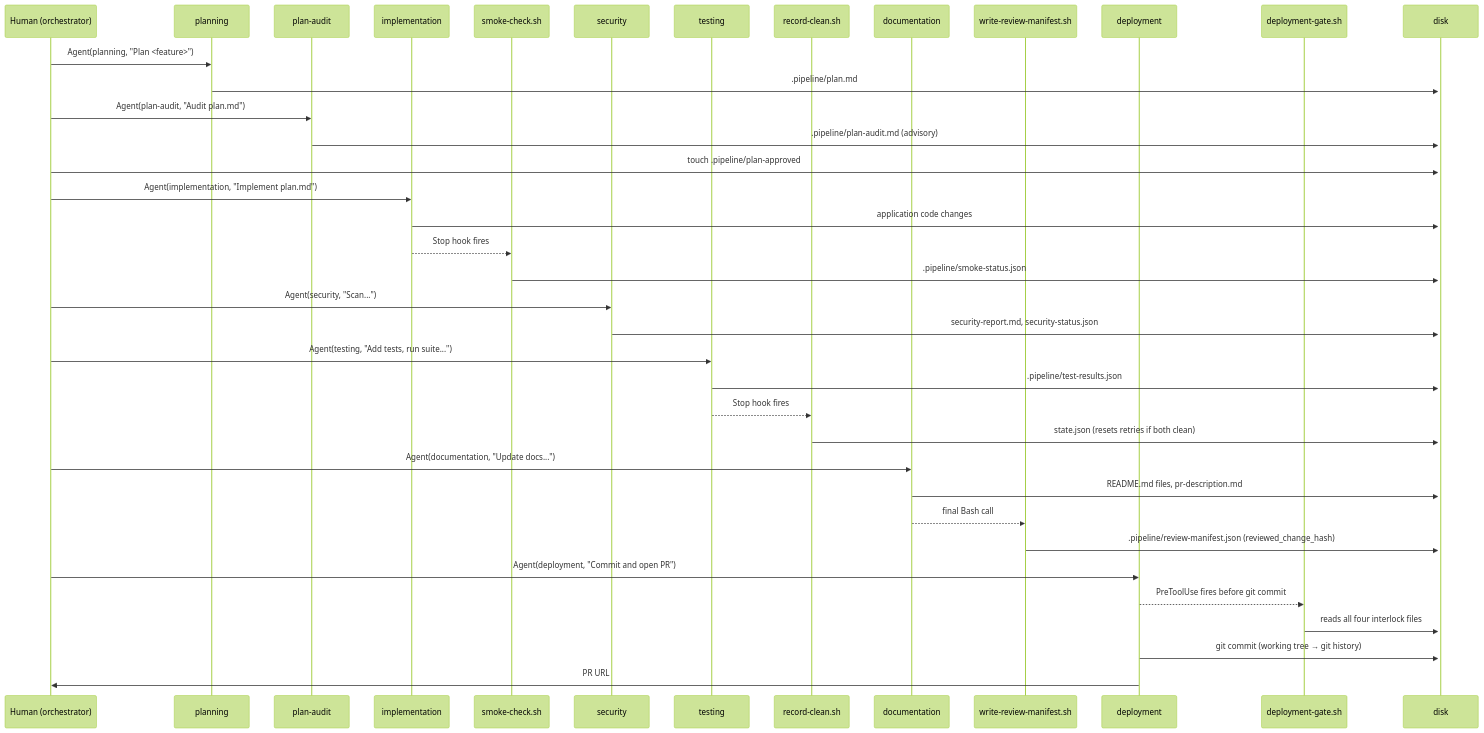
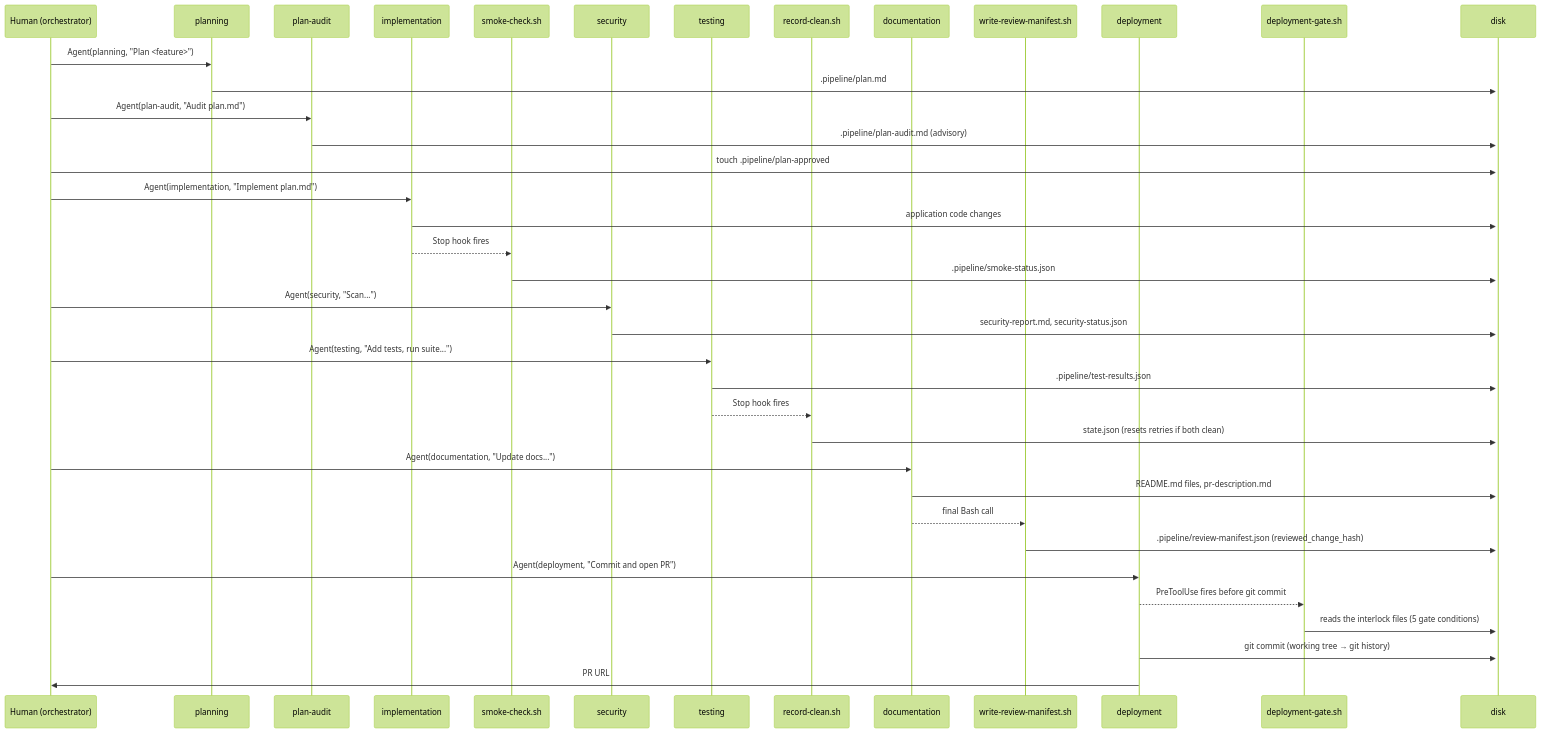
The second of 3 diagrams in docs/system_architecture.md (bretthinkle123/claude-agentic-workflow), drawn with Mermaid (forest theme) before and after one commit. The commit also changed other lines of this file and 7 other files, not shown here.

````diff
--- a/docs/system_architecture.md
+++ b/docs/system_architecture.md
@@ -631,40 +675,40 @@
 ```mermaid
 sequenceDiagram
     participant H as Human (orchestrator)
     participant P as planning
     participant PA as plan-audit
     participant I as implementation
     participant SC as smoke-check.sh
     participant SEC as security
     participant T as testing
     participant RC as record-clean.sh
     participant D as documentation
     participant WRM as write-review-manifest.sh
     participant DEP as deployment
     participant DG as deployment-gate.sh
 
     H->>P: Agent(planning, "Plan <feature>")
     P->>+disk: .pipeline/plan.md
     H->>PA: Agent(plan-audit, "Audit plan.md")
     PA->>disk: .pipeline/plan-audit.md (advisory)
     H->>disk: touch .pipeline/plan-approved
     H->>I: Agent(implementation, "Implement plan.md")
     I->>disk: application code changes
     I-->>SC: Stop hook fires
     SC->>disk: .pipeline/smoke-status.json
     H->>SEC: Agent(security, "Scan...")
     SEC->>disk: security-report.md, security-status.json
     H->>T: Agent(testing, "Add tests, run suite...")
     T->>disk: .pipeline/test-results.json
     T-->>RC: Stop hook fires
     RC->>disk: state.json (resets retries if both clean)
     H->>D: Agent(documentation, "Update docs...")
     D->>disk: README.md files, pr-description.md
     D-->>WRM: final Bash call
     WRM->>disk: .pipeline/review-manifest.json (reviewed_change_hash)
     H->>DEP: Agent(deployment, "Commit and open PR")
     DEP-->>DG: PreToolUse fires before git commit
-    DG->>disk: reads all four interlock files
+    DG->>disk: reads the interlock files (5 gate conditions)
     DEP->>disk: git commit (working tree → git history)
     DEP->>H: PR URL
 ```
````
